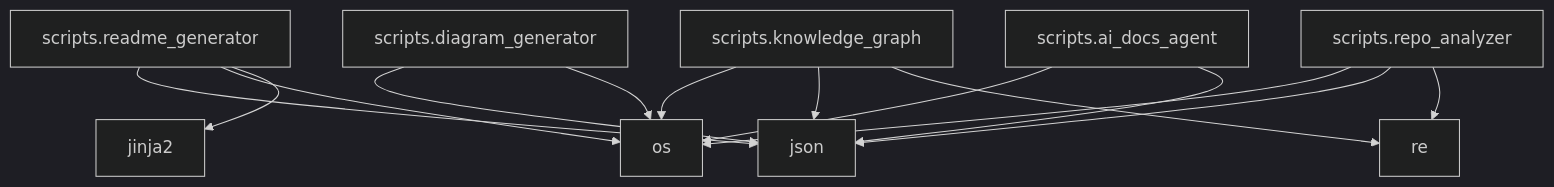
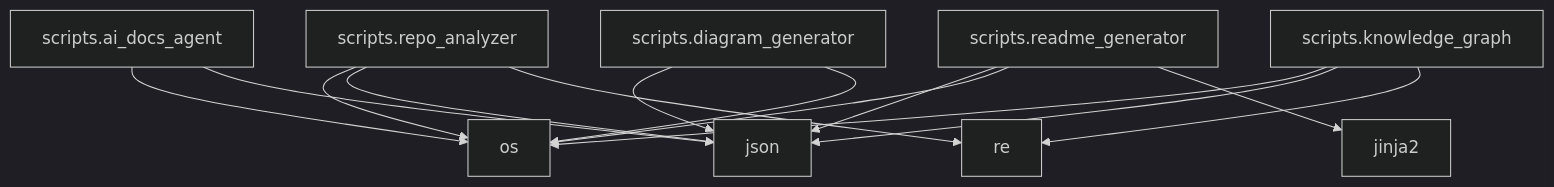
Before and after one commit to NITISH-R-G/FACE-EMOTION-DETECTION: the diagram in README.md, drawn with Mermaid (dark theme). The commit also changed other lines of this file and 3 other files, not shown here.

Commit message:
docs: auto-update repository documentation and diagrams [skip ci]

````diff
--- a/README.md
+++ b/README.md
@@ -45,30 +45,30 @@
 ```mermaid
 graph TD;
+    scripts_repo_analyzer["scripts.repo_analyzer"];
+    click scripts_repo_analyzer "scripts/repo_analyzer.py" "View source";
+    os["os"];
+    json["json"];
+    re["re"];
     scripts_readme_generator["scripts.readme_generator"];
     click scripts_readme_generator "scripts/readme_generator.py" "View source";
-    json["json"];
-    os["os"];
     jinja2["jinja2"];
+    scripts_ai_docs_agent["scripts.ai_docs_agent"];
+    click scripts_ai_docs_agent "scripts/ai_docs_agent.py" "View source";
+    scripts_diagram_generator["scripts.diagram_generator"];
+    click scripts_diagram_generator "scripts/diagram_generator.py" "View source";
     scripts_knowledge_graph["scripts.knowledge_graph"];
     click scripts_knowledge_graph "scripts/knowledge_graph.py" "View source";
-    re["re"];
-    scripts_repo_analyzer["scripts.repo_analyzer"];
-    click scripts_repo_analyzer "scripts/repo_analyzer.py" "View source";
-    scripts_diagram_generator["scripts.diagram_generator"];
-    click scripts_diagram_generator "scripts/diagram_generator.py" "View source";
-    scripts_ai_docs_agent["scripts.ai_docs_agent"];
-    click scripts_ai_docs_agent "scripts/ai_docs_agent.py" "View source";
+    scripts_repo_analyzer --> os;
+    scripts_repo_analyzer --> json;
+    scripts_repo_analyzer --> re;
     scripts_readme_generator --> json;
     scripts_readme_generator --> os;
     scripts_readme_generator --> jinja2;
+    scripts_ai_docs_agent --> os;
+    scripts_ai_docs_agent --> json;
+    scripts_diagram_generator --> json;
+    scripts_diagram_generator --> os;
     scripts_knowledge_graph --> os;
     scripts_knowledge_graph --> json;
     scripts_knowledge_graph --> re;
-    scripts_repo_analyzer --> os;
-    scripts_repo_analyzer --> json;
-    scripts_repo_analyzer --> re;
-    scripts_diagram_generator --> json;
-    scripts_diagram_generator --> os;
-    scripts_ai_docs_agent --> os;
-    scripts_ai_docs_agent --> json;
 ```
````
